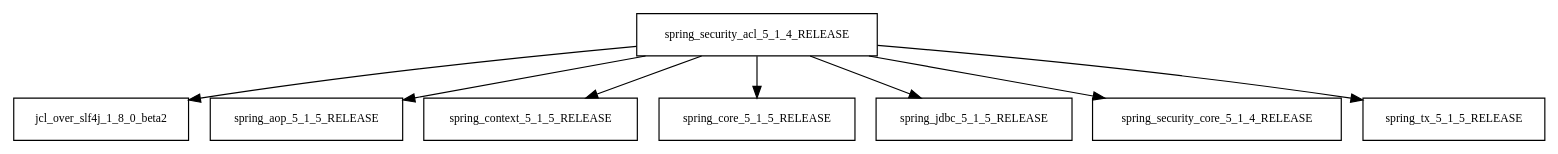
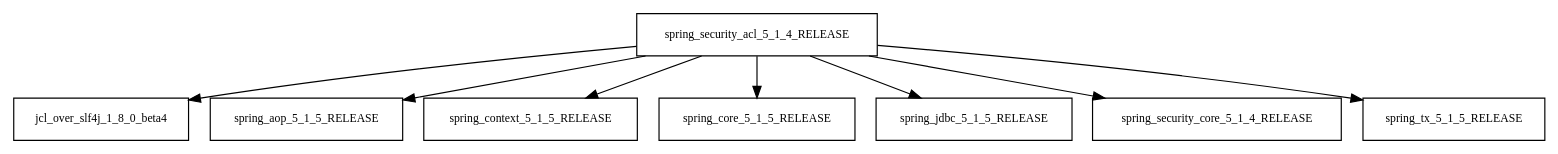
One commit to Hack23/cia changed the diagram in tattleTaleReport/graphviz/spring-security-acl-5.1.4.RELEASE.jar/spring-security-acl-5.1.4.RELEASE.jar.dot. Above: the diagram before and after it, drawn with Graphviz. The commit also changed 2261 other files, not shown here.

```diff
--- a/tattleTaleReport/graphviz/spring-security-acl-5.1.4.RELEASE.jar/spring-security-acl-5.1.4.RELEASE.jar.dot
+++ b/tattleTaleReport/graphviz/spring-security-acl-5.1.4.RELEASE.jar/spring-security-acl-5.1.4.RELEASE.jar.dot
@@ -1,10 +1,10 @@
 digraph spring_security_acl_5_1_4_RELEASE_dependencies {
   node [shape = box, fontsize=10.0];
-  spring_security_acl_5_1_4_RELEASE -> jcl_over_slf4j_1_8_0_beta2;
+  spring_security_acl_5_1_4_RELEASE -> jcl_over_slf4j_1_8_0_beta4;
   spring_security_acl_5_1_4_RELEASE -> spring_aop_5_1_5_RELEASE;
   spring_security_acl_5_1_4_RELEASE -> spring_context_5_1_5_RELEASE;
   spring_security_acl_5_1_4_RELEASE -> spring_core_5_1_5_RELEASE;
   spring_security_acl_5_1_4_RELEASE -> spring_jdbc_5_1_5_RELEASE;
   spring_security_acl_5_1_4_RELEASE -> spring_security_core_5_1_4_RELEASE;
   spring_security_acl_5_1_4_RELEASE -> spring_tx_5_1_5_RELEASE;
 }
```
